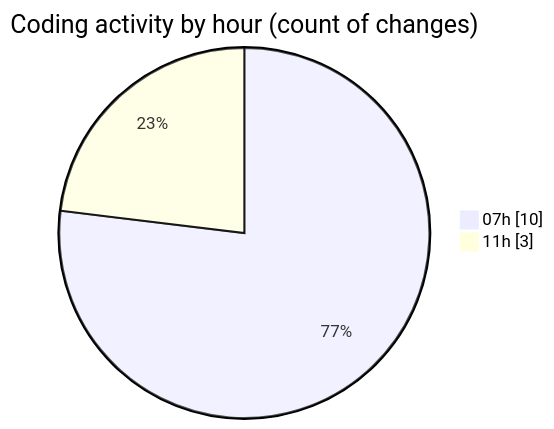
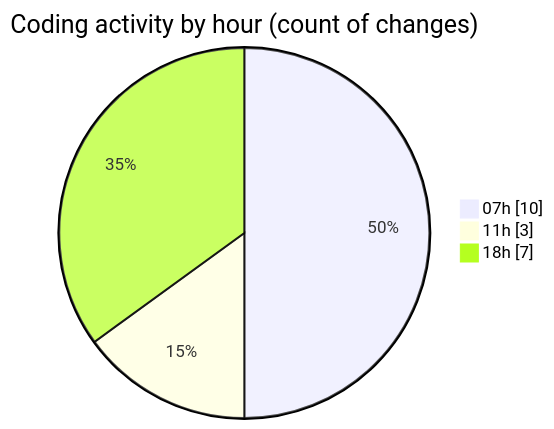
Before and after one commit to FelipKnott/code-tracking: the second of 2 diagrams in 2025-07-12/cursor/README.md, drawn with Mermaid. The commit also changed other lines of this file and 1 other file, not shown here.

````diff
--- a/2025-07-12/cursor/README.md
+++ b/2025-07-12/cursor/README.md
@@ -32,6 +37,7 @@
 ```mermaid
 pie showData
 title Coding activity by hour (count of changes)
 "07h" : 10
 "11h" : 3
+"18h" : 7
 ```
````
